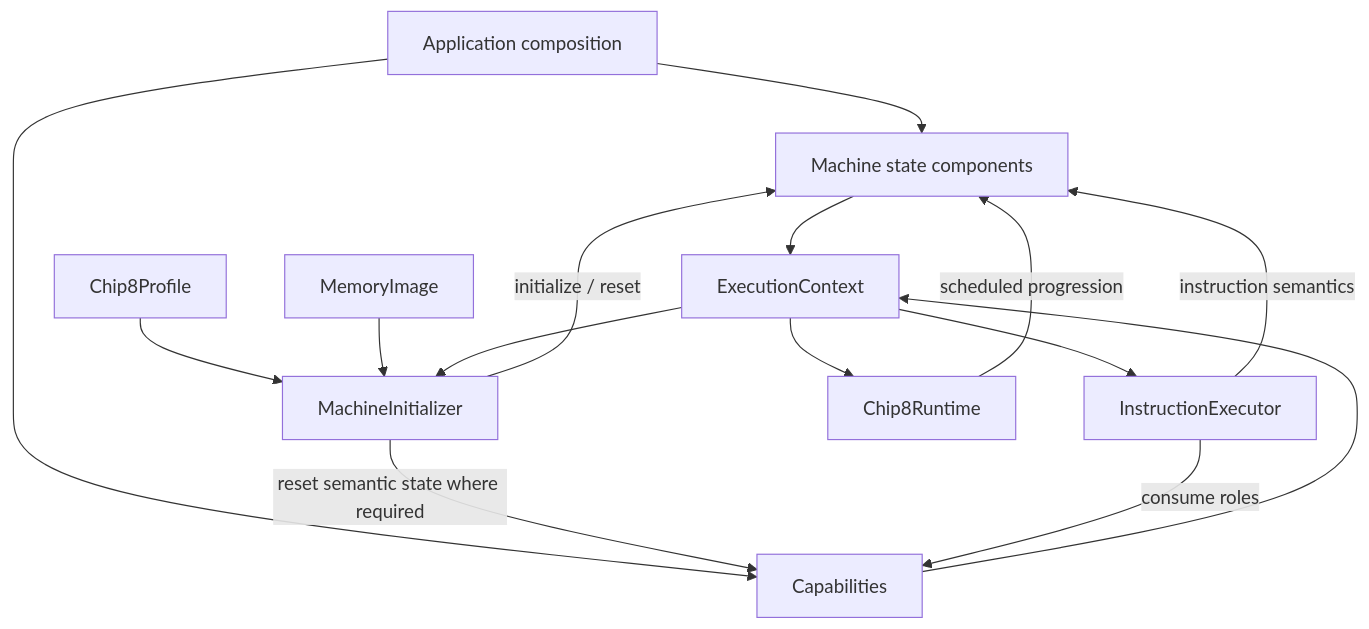
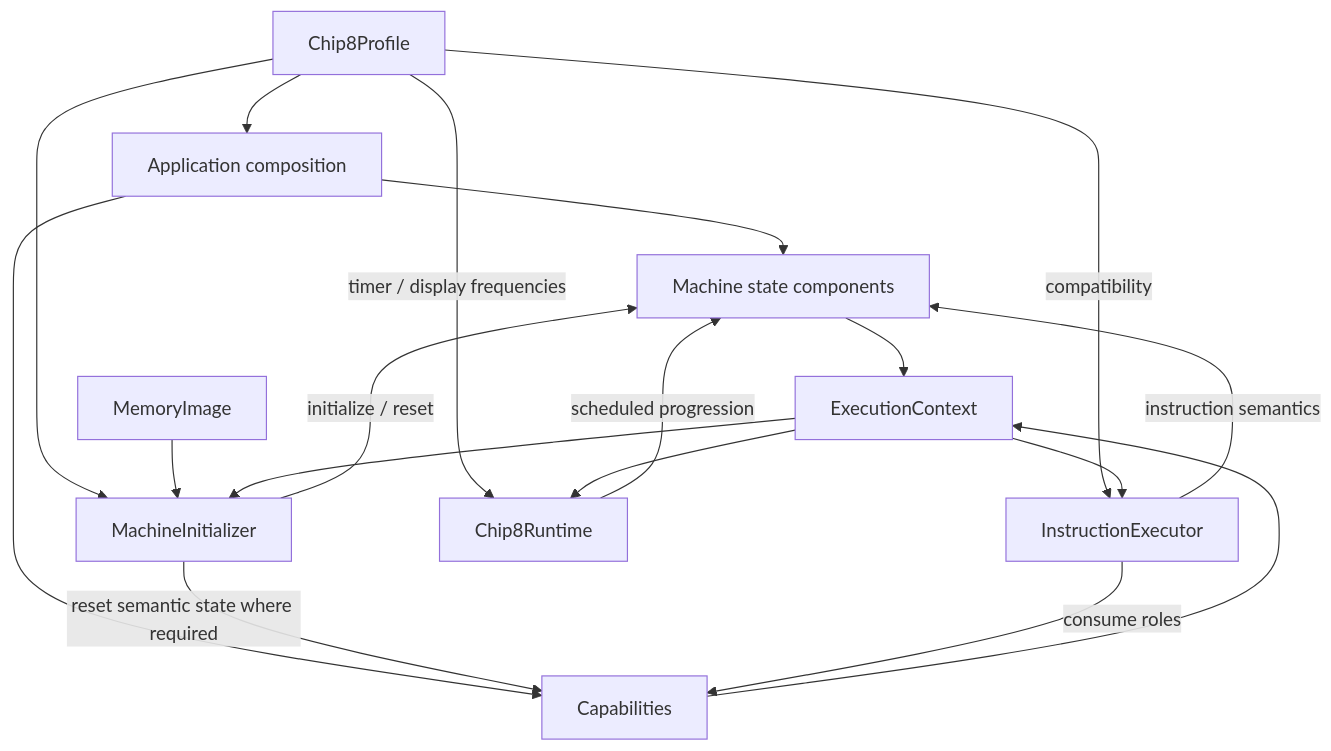
The diagram in docs/architecture/machine-state-and-capabilities.md (fa-ribeiro/Chip8NX), drawn with Mermaid before and after one commit. The commit also changed other lines of this file and 11 other files, not shown here.

````diff
--- a/docs/architecture/machine-state-and-capabilities.md
+++ b/docs/architecture/machine-state-and-capabilities.md
@@ -1725,35 +1889,40 @@
 ```mermaid
 flowchart TD
     App["Application composition"]
     Profile["Chip8Profile"]
     Program["MemoryImage"]
 
     State["Machine state components"]
     Caps["Capabilities"]
     Context["ExecutionContext"]
 
     Initializer["MachineInitializer"]
     Executor["InstructionExecutor"]
     Runtime["Chip8Runtime"]
 
+    Profile --> App
+
     App --> State
     App --> Caps
 
     State --> Context
     Caps --> Context
 
     Profile --> Initializer
     Program --> Initializer
     Context --> Initializer
 
+    Profile -->|"compatibility"| Executor
     Context --> Executor
+
+    Profile -->|"timer / display frequencies"| Runtime
     Context --> Runtime
 
     Initializer -->|"initialize / reset"| State
     Initializer -->|"reset semantic state where required"| Caps
 
     Executor -->|"instruction semantics"| State
     Executor -->|"consume roles"| Caps
 
     Runtime -->|"scheduled progression"| State
 ```
````
